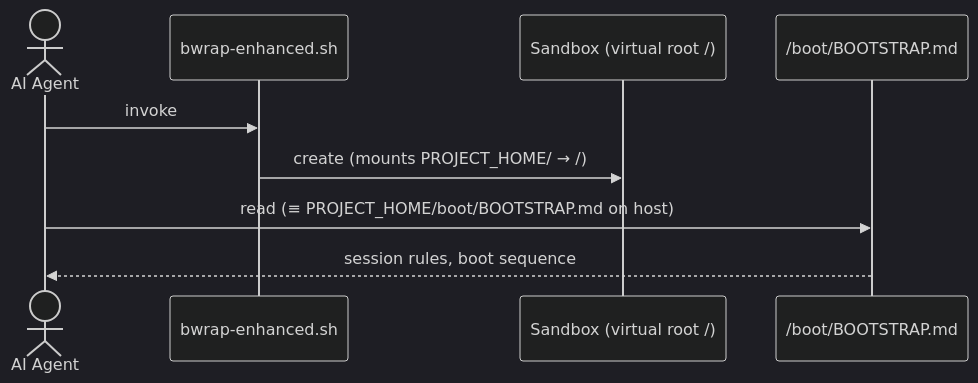
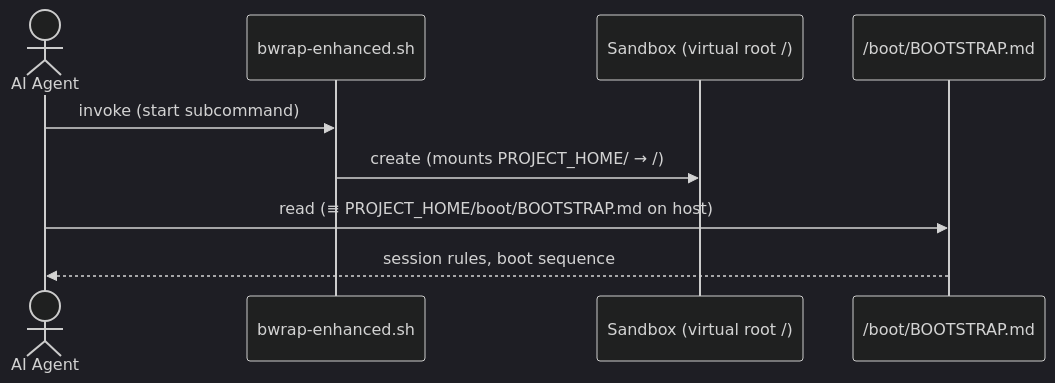
One commit to hanasaki/hanaden-bwrap-enhanced changed the diagram in SCOPE-very-narrow.md. Above: the diagram before and after it, drawn with Mermaid (dark theme). The commit also changed other lines of this file and 24 other files, not shown here.

````diff
--- a/SCOPE-very-narrow.md
+++ b/SCOPE-very-narrow.md
@@ -184,12 +346,12 @@
 ```mermaid
 sequenceDiagram
     actor AI as AI Agent
     participant bwrap as bwrap-enhanced.sh
     participant sandbox as Sandbox (virtual root /)
     participant boot as /boot/BOOTSTRAP.md
 
-    AI->>bwrap: invoke
+    AI->>bwrap: invoke (start subcommand)
     bwrap->>sandbox: create (mounts PROJECT_HOME/ → /)
     AI->>boot: read (≡ PROJECT_HOME/boot/BOOTSTRAP.md on host)
     boot-->>AI: session rules, boot sequence
 ```
````
